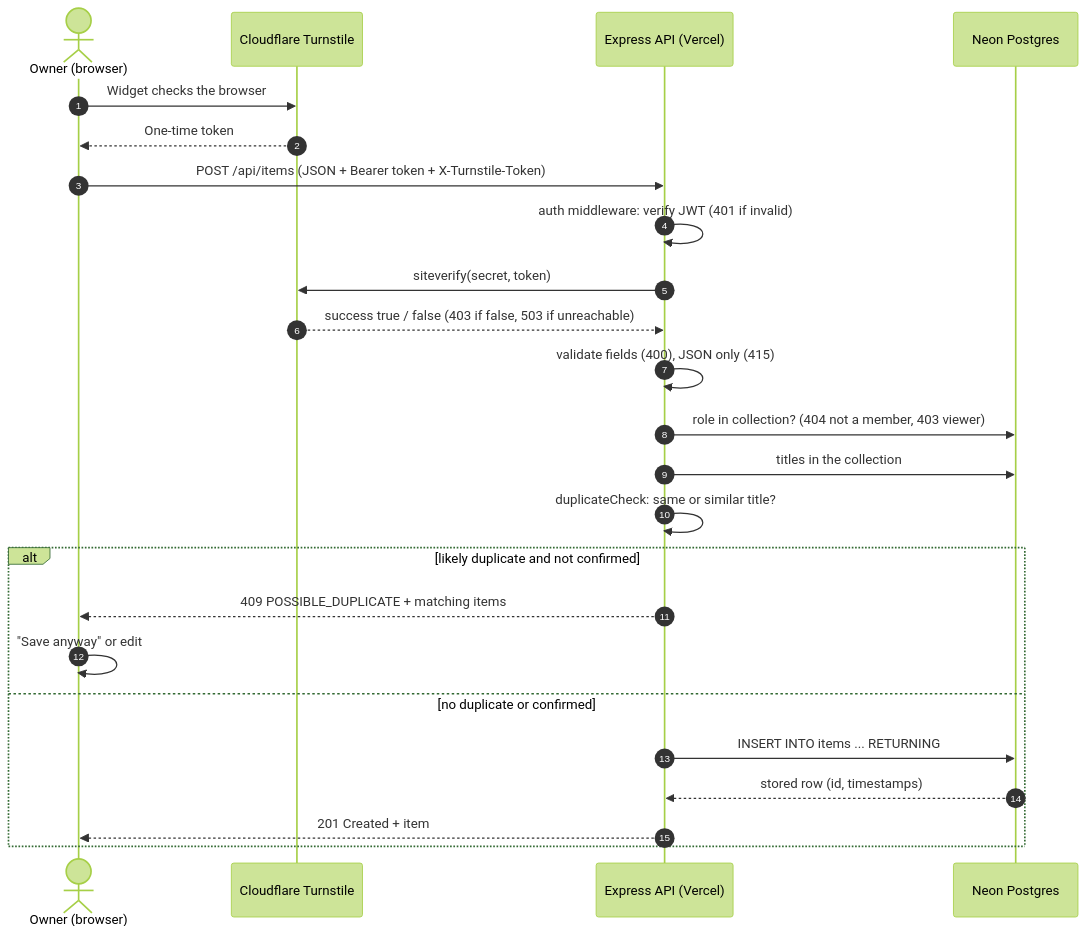
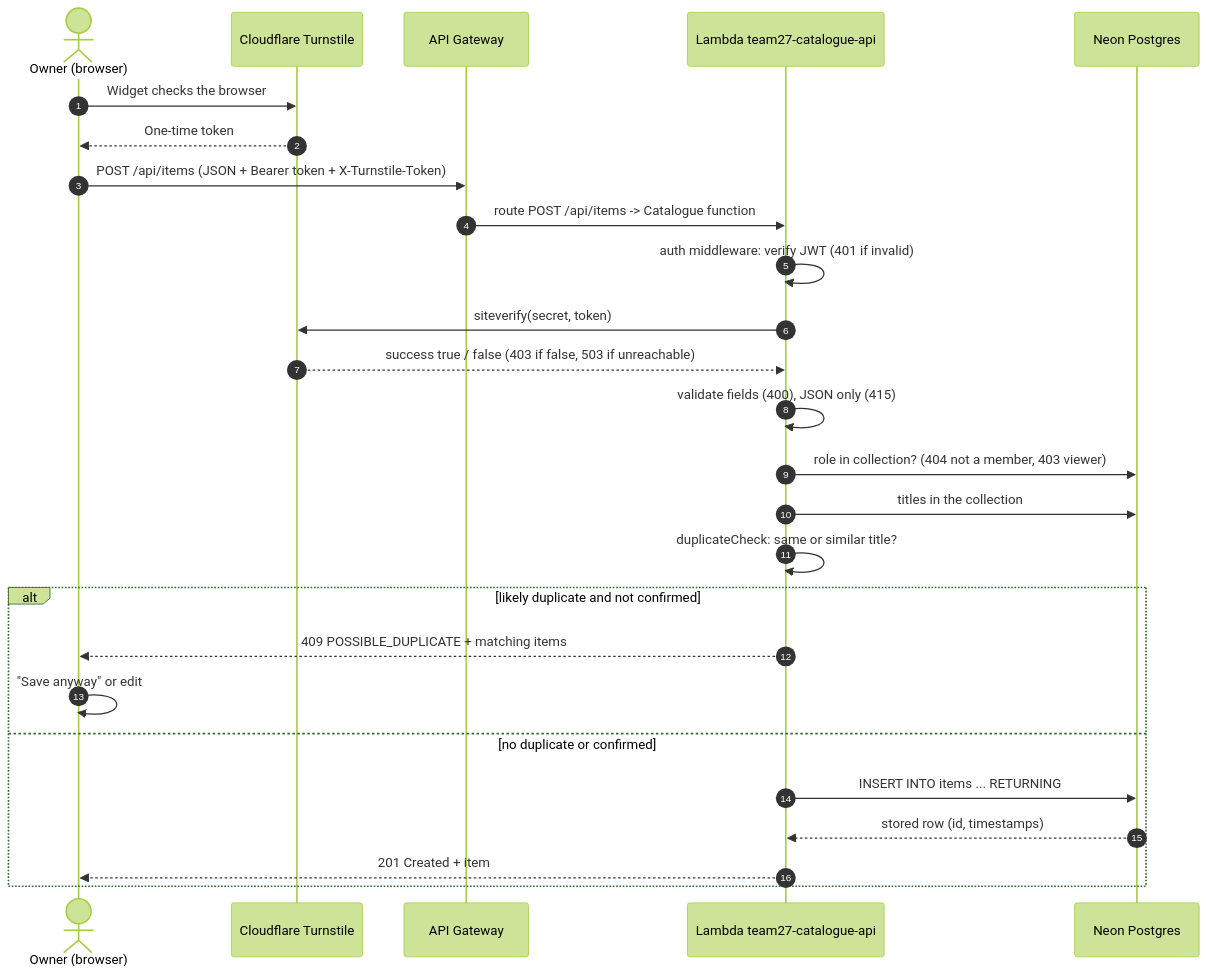
Before and after one commit to abdulmoez243156/cloud_collection-manager_group-27_project: the fourth of 4 diagrams in docs/architecture.md, drawn with Mermaid (forest theme). The commit also changed other lines of this file and 26 other files, not shown here.

Commit message:
Deploy on Floci: one Lambda per service behind API Gateway, S3 website, IAM roles and CloudWatch logs

````diff
--- a/docs/architecture.md
+++ b/docs/architecture.md
@@ -110,27 +154,29 @@
 ```mermaid
 sequenceDiagram
   autonumber
   actor Owner as Owner (browser)
   participant CF as Cloudflare Turnstile
-  participant API as Express API (Vercel)
+  participant GW as API Gateway
+  participant API as Lambda team27-catalogue-api
   participant DB as Neon Postgres
 
   Owner->>CF: Widget checks the browser
   CF-->>Owner: One-time token
-  Owner->>API: POST /api/items (JSON + Bearer token + X-Turnstile-Token)
+  Owner->>GW: POST /api/items (JSON + Bearer token + X-Turnstile-Token)
+  GW->>API: route POST /api/items -> Catalogue function
   API->>API: auth middleware: verify JWT (401 if invalid)
   API->>CF: siteverify(secret, token)
   CF-->>API: success true / false (403 if false, 503 if unreachable)
   API->>API: validate fields (400), JSON only (415)
   API->>DB: role in collection? (404 not a member, 403 viewer)
   API->>DB: titles in the collection
   API->>API: duplicateCheck: same or similar title?
   alt likely duplicate and not confirmed
     API-->>Owner: 409 POSSIBLE_DUPLICATE + matching items
     Owner->>Owner: "Save anyway" or edit
   else no duplicate or confirmed
     API->>DB: INSERT INTO items ... RETURNING
     DB-->>API: stored row (id, timestamps)
     API-->>Owner: 201 Created + item
   end
 ```
````
